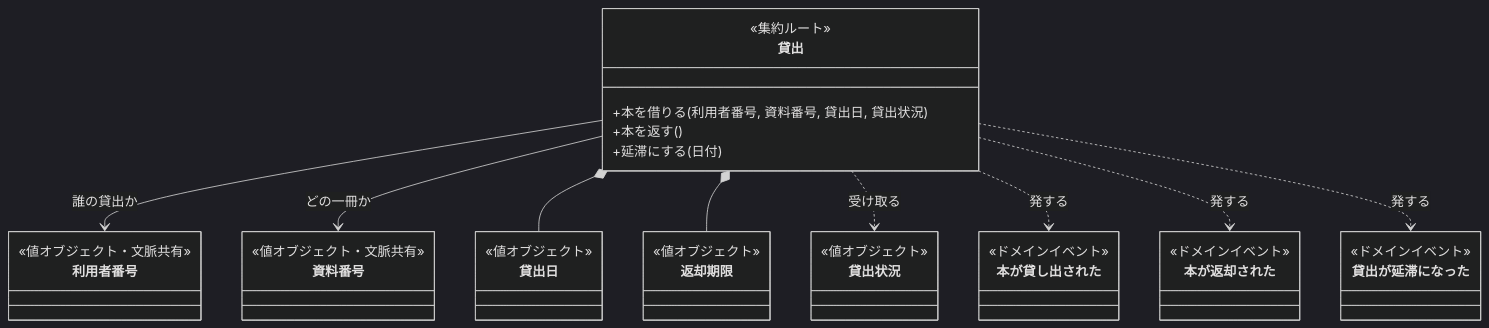
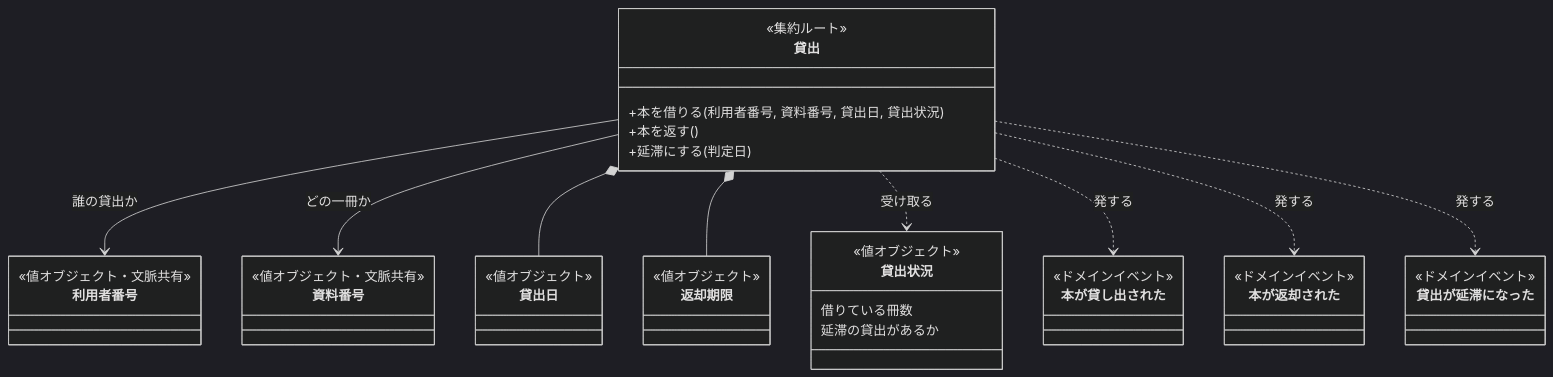
The first of 2 diagrams in plugins/write-doc/skills/write-doc/assets/examples/domain-model.example.md (nakamori-naoya/write-doc-plugins), drawn with Mermaid (dark theme) before and after one commit. The commit also changed other lines of this file and 1 other file, not shown here.

First line of the commit message:
fix(domain-model): 論点の置き場を一つにし、記法を図の中のコメントで示す（R2-01, 02, 05, 06, 07, 09）

````diff
--- a/plugins/write-doc/skills/write-doc/assets/examples/domain-model.example.md
+++ b/plugins/write-doc/skills/write-doc/assets/examples/domain-model.example.md
@@ -10,41 +10,43 @@
 ```mermaid
 classDiagram
     class Loan["貸出"] {
         <<集約ルート>>
         +本を借りる(利用者番号, 資料番号, 貸出日, 貸出状況)
         +本を返す()
-        +延滞にする(日付)
+        +延滞にする(判定日)
     }
     class UserNo["利用者番号"] {
         <<値オブジェクト・文脈共有>>
     }
     class BookNo["資料番号"] {
         <<値オブジェクト・文脈共有>>
     }
     class LentOn["貸出日"] {
         <<値オブジェクト>>
     }
     class Due["返却期限"] {
         <<値オブジェクト>>
     }
     class Standing["貸出状況"] {
         <<値オブジェクト>>
+        借りている冊数
+        延滞の貸出があるか
     }
     class Lent["本が貸し出された"] {
         <<ドメインイベント>>
     }
     class Returned["本が返却された"] {
         <<ドメインイベント>>
     }
     class Overdue["貸出が延滞になった"] {
         <<ドメインイベント>>
     }
     Loan --> UserNo : 誰の貸出か
     Loan --> BookNo : どの一冊か
     Loan *-- LentOn
     Loan *-- Due
     Loan ..> Standing : 受け取る
     Loan ..> Lent : 発する
     Loan ..> Returned : 発する
     Loan ..> Overdue : 発する
 ```
````
